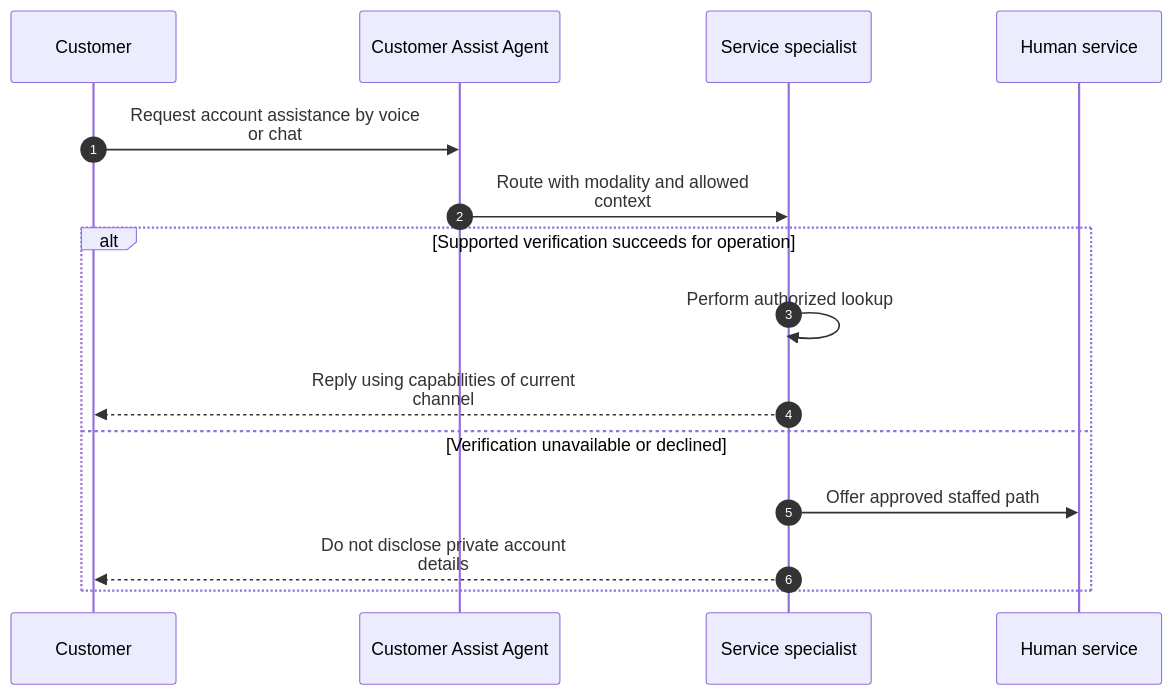
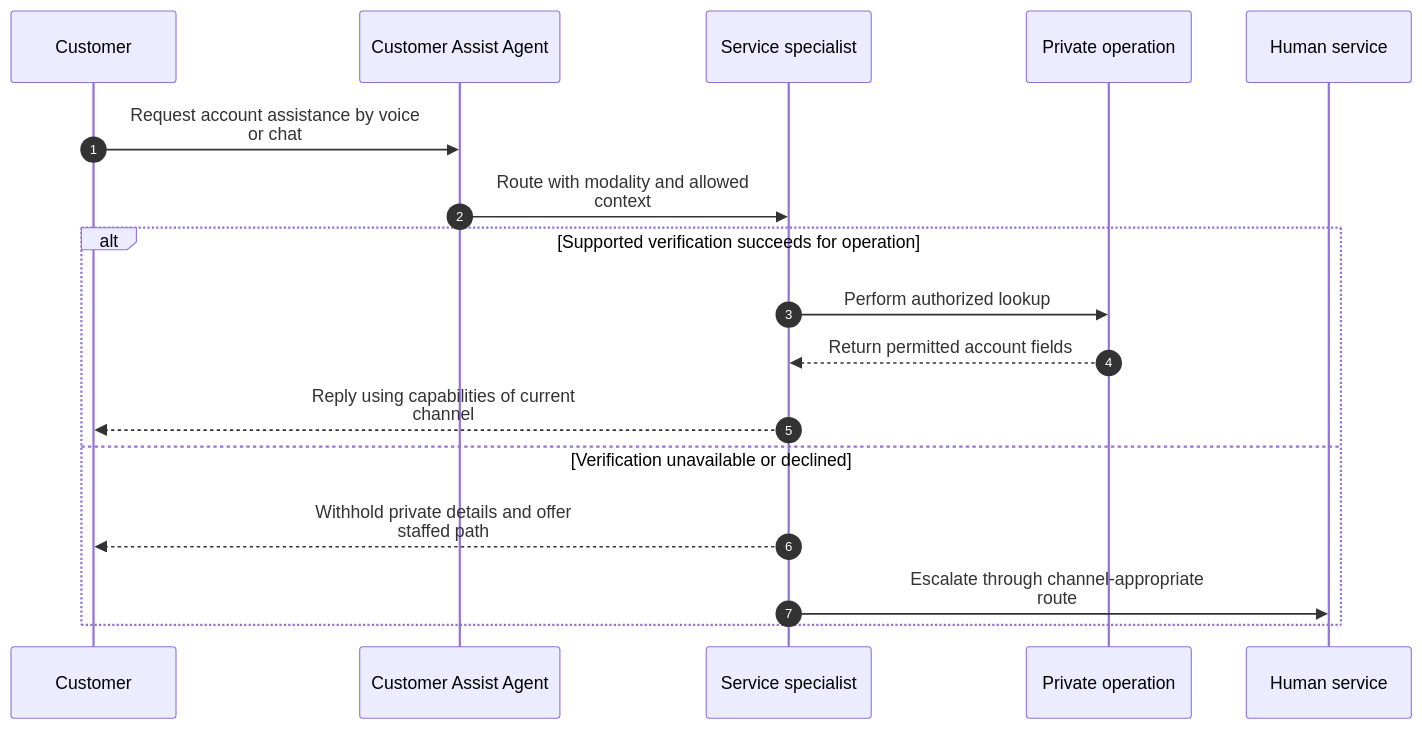
One commit to abhishek-ai-enabler/copilotstudio-architecture-patterns changed the second of 2 diagrams in technical-patterns/customer-voice-chat.md. Above: the diagram before and after it, drawn with Mermaid. The commit also changed other lines of this file and 41 other files, not shown here.

First line of the commit message:
Review diagrams: add return paths and fix flow accuracy

````diff
--- a/technical-patterns/customer-voice-chat.md
+++ b/technical-patterns/customer-voice-chat.md
@@ -36,18 +38,20 @@
 ```mermaid
 sequenceDiagram
     accTitle: Design distinct voice and chat paths for one customer service - technical flow
     autonumber
     participant U as Customer
     participant A as Customer Assist Agent
     participant S as Service specialist
+    participant T as Private operation
     participant H as Human service
     U->>A: Request account assistance by voice<br/>or chat
     A->>S: Route with modality and allowed<br/>context
     alt Supported verification succeeds for operation
-        S->>S: Perform authorized lookup
-        S-->>U: Reply using capabilities of current<br/>channel
+      S->>T: Perform authorized lookup
+      T-->>S: Return permitted account fields
+      S-->>U: Reply using capabilities of current<br/>channel
     else Verification unavailable or declined
-        S->>H: Offer approved staffed path
-        S-->>U: Do not disclose private account<br/>details
+      S-->>U: Withhold private details and offer<br/>staffed path
+      S->>H: Escalate through channel-appropriate<br/>route
     end
 ```
````
